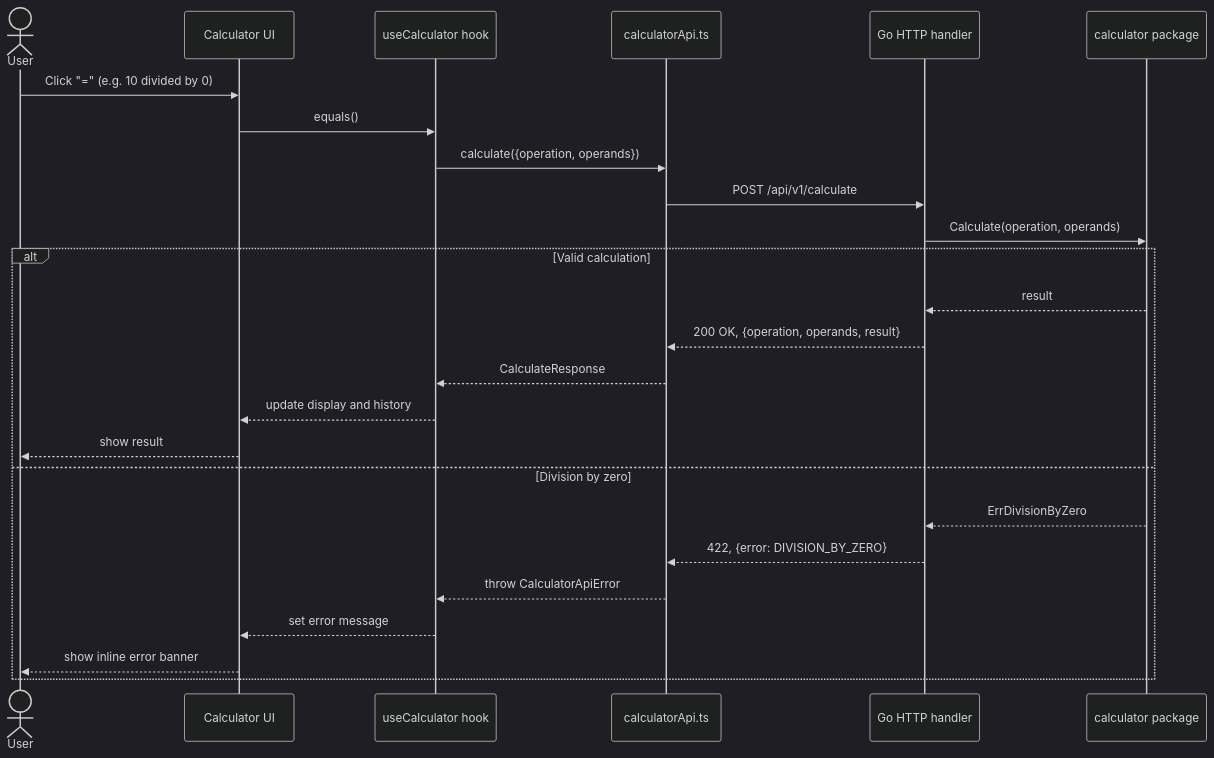
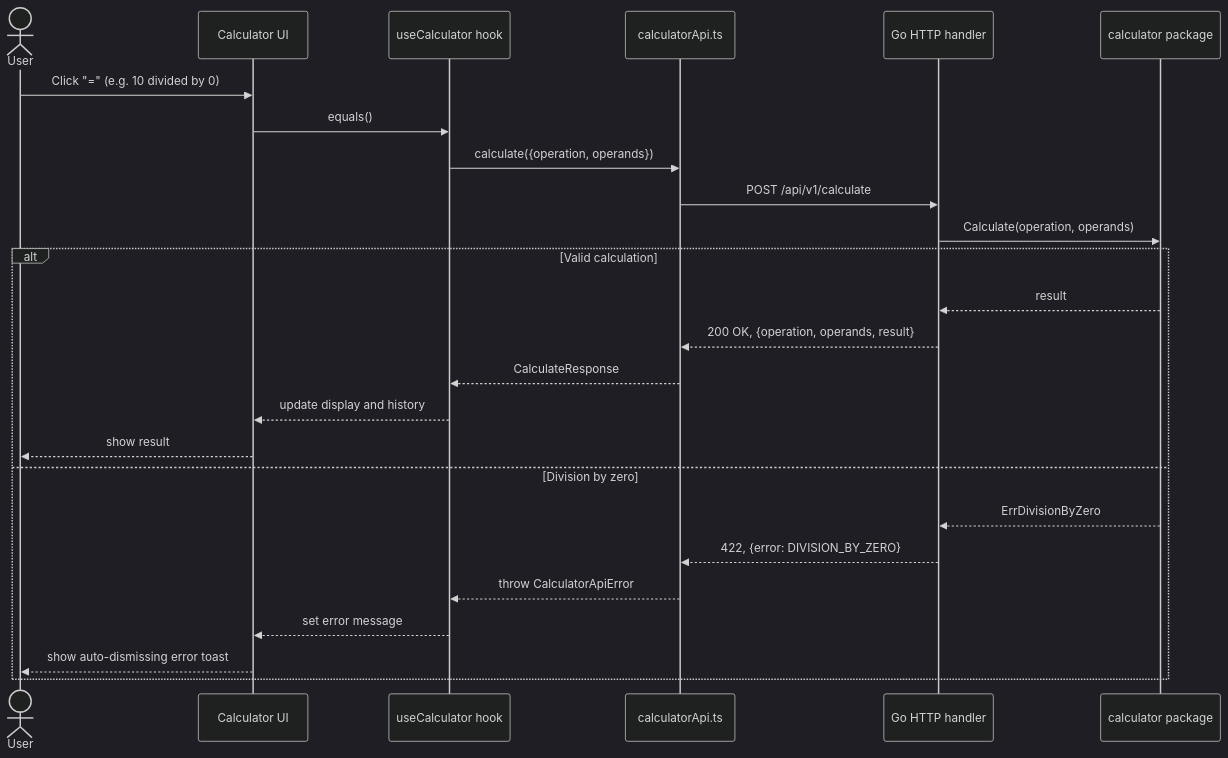
Before and after one commit to cordeirops/calculator-fullstack-go-react: the second of 4 diagrams in README.md, drawn with Mermaid (dark theme). The commit also changed other lines of this file, not shown here.

````diff
--- a/README.md
+++ b/README.md
@@ -204,30 +228,30 @@
 ```mermaid
 sequenceDiagram
     actor User
     participant UI as Calculator UI
     participant Hook as useCalculator hook
     participant Api as calculatorApi.ts
     participant Handler as Go HTTP handler
     participant Calc as calculator package
 
     User->>UI: Click "=" (e.g. 10 divided by 0)
     UI->>Hook: equals()
     Hook->>Api: calculate({operation, operands})
     Api->>Handler: POST /api/v1/calculate
 
     Handler->>Calc: Calculate(operation, operands)
 
     alt Valid calculation
         Calc-->>Handler: result
         Handler-->>Api: 200 OK, {operation, operands, result}
         Api-->>Hook: CalculateResponse
         Hook-->>UI: update display and history
         UI-->>User: show result
     else Division by zero
         Calc-->>Handler: ErrDivisionByZero
         Handler-->>Api: 422, {error: DIVISION_BY_ZERO}
         Api-->>Hook: throw CalculatorApiError
         Hook-->>UI: set error message
-        UI-->>User: show inline error banner
+        UI-->>User: show auto-dismissing error toast
     end
 ```
````
